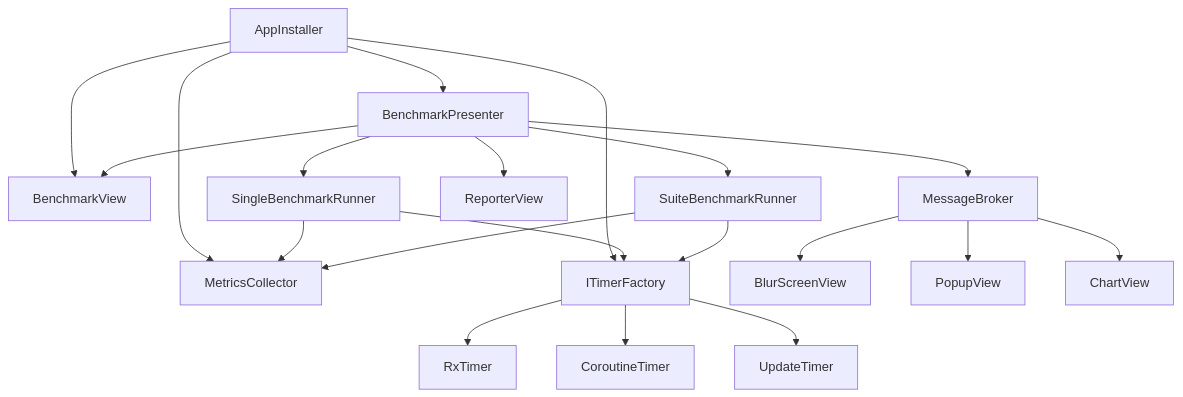
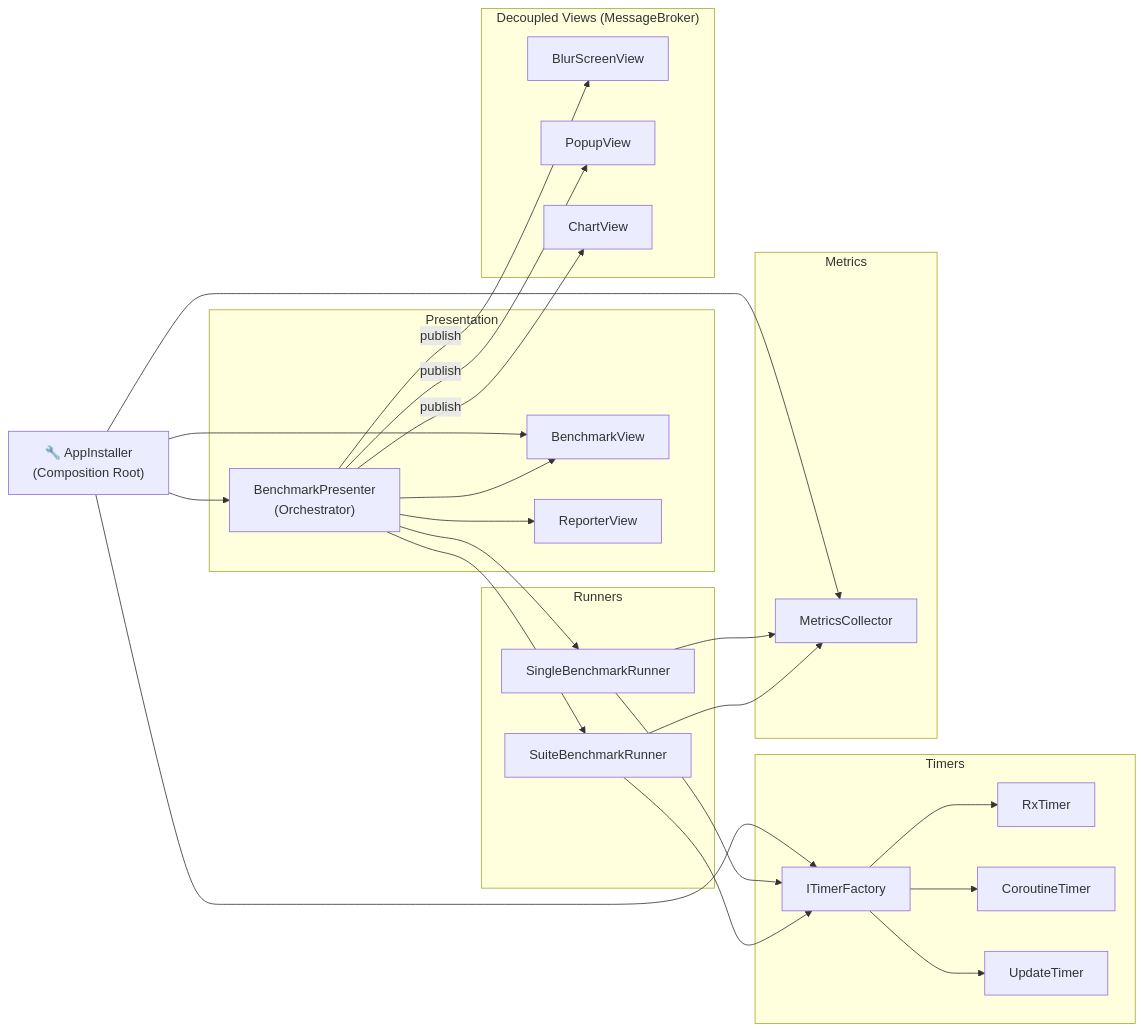
One commit to Alex-id1/unity-timer-benchmark-tool changed the diagram in README.md. Above: the diagram before and after it, drawn with Mermaid.

Commit message:
Restructure architecture diagram with subgraph grouping

````diff
--- a/README.md
+++ b/README.md
@@ -49,26 +49,54 @@
 ```mermaid
-graph TD
-    AppInstaller --> BenchmarkPresenter
-    AppInstaller --> BenchmarkView
-    AppInstaller --> MetricsCollector
-    AppInstaller --> ITimerFactory
+graph LR
+    AppInstaller["🔧 AppInstaller\n(Composition Root)"]
 
-    BenchmarkPresenter --> SingleBenchmarkRunner
-    BenchmarkPresenter --> SuiteBenchmarkRunner
-    BenchmarkPresenter --> BenchmarkView
-    BenchmarkPresenter --> ReporterView
-    BenchmarkPresenter --> MessageBroker
+    subgraph Presentation
+        BP["BenchmarkPresenter\n(Orchestrator)"]
+        BV["BenchmarkView"]
+        RV["ReporterView"]
+    end
 
-    SingleBenchmarkRunner --> ITimerFactory
-    SingleBenchmarkRunner --> MetricsCollector
-    SuiteBenchmarkRunner --> ITimerFactory
-    SuiteBenchmarkRunner --> MetricsCollector
+    subgraph Runners
+        SR["SingleBenchmarkRunner"]
+        SuR["SuiteBenchmarkRunner"]
+    end
 
-    ITimerFactory --> RxTimer
-    ITimerFactory --> CoroutineTimer
-    ITimerFactory --> UpdateTimer
+    subgraph Timers
+        ITF["ITimerFactory"]
+        RX["RxTimer"]
+        CO["CoroutineTimer"]
+        UP["UpdateTimer"]
+    end
 
-    MessageBroker --> BlurScreenView
-    MessageBroker --> PopupView
-    MessageBroker --> ChartView
+    subgraph Metrics
+        MC["MetricsCollector"]
+    end
+
+    subgraph Views["Decoupled Views (MessageBroker)"]
+        BSV["BlurScreenView"]
+        PV["PopupView"]
+        CV["ChartView"]
+    end
+
+    AppInstaller --> BP
+    AppInstaller --> BV
+    AppInstaller --> ITF
+    AppInstaller --> MC
+
+    BP --> SR
+    BP --> SuR
+    BP --> BV
+    BP --> RV
+    BP -->|publish| BSV
+    BP -->|publish| PV
+    BP -->|publish| CV
+
+    SR --> ITF
+    SR --> MC
+    SuR --> ITF
+    SuR --> MC
+
+    ITF --> RX
+    ITF --> CO
+    ITF --> UP
 ```
````
